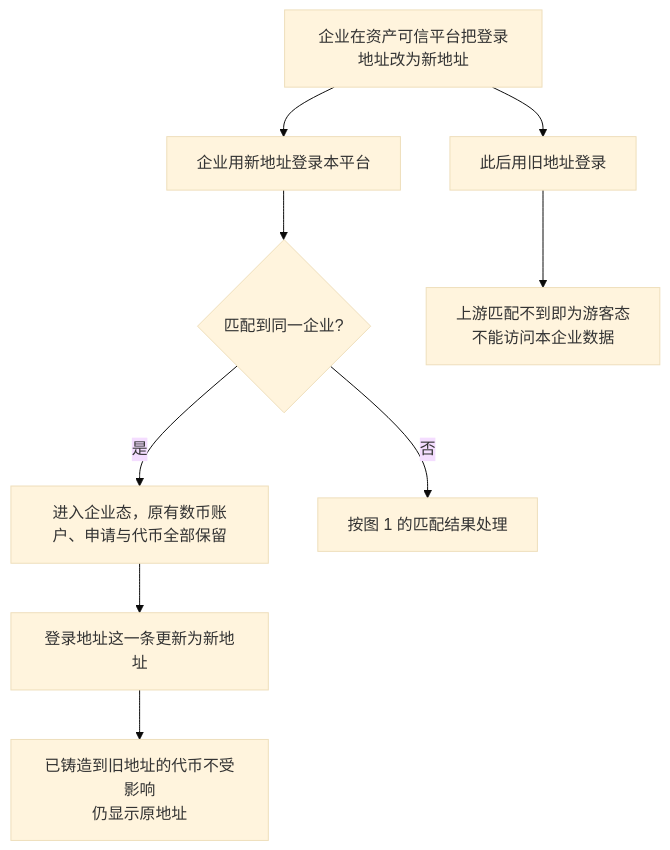
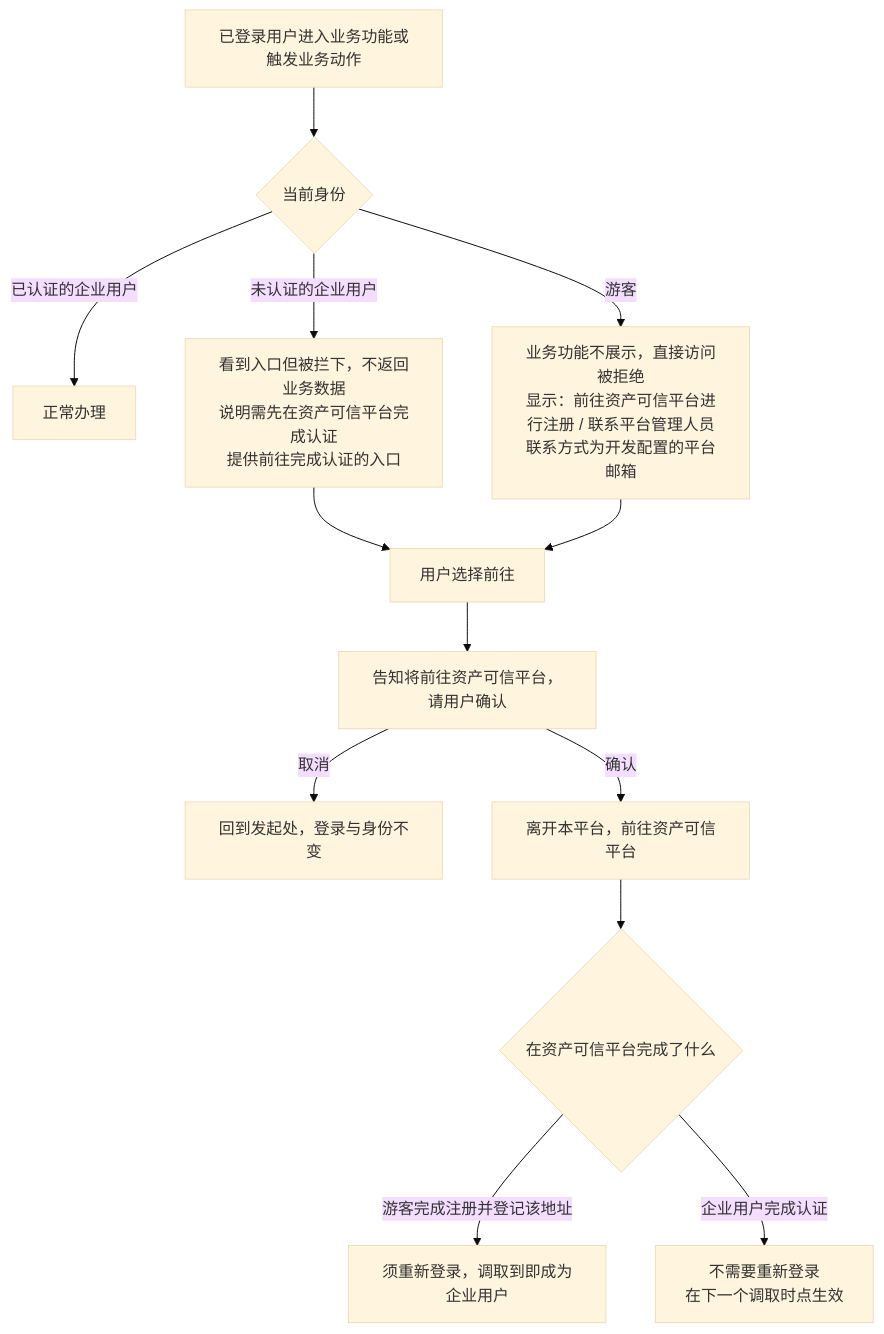
The sixth of 8 diagrams in token-issuance-platform/PRD/v1.0-企业登录与企业账户-流程图与状态机.md (wxblockchain/Chain-Financing), drawn with Mermaid (base theme) before and after one commit. The commit also changed other lines of this file and 2 other files, not shown here.

````diff
--- a/token-issuance-platform/PRD/v1.0-企业登录与企业账户-流程图与状态机.md
+++ b/token-issuance-platform/PRD/v1.0-企业登录与企业账户-流程图与状态机.md
@@ -111,11 +137,15 @@
 ```mermaid
 flowchart TD
-    A[企业在资产可信平台把登录地址改为新地址] --> B[企业用新地址登录本平台]
-    B --> C{匹配到同一企业?}
-    C -->|是| D[进入企业态，原有数币账户、申请与代币全部保留]
-    D --> E[登录地址这一条更新为新地址]
-    E --> F[已铸造到旧地址的代币不受影响<br/>仍显示原地址]
-    C -->|否| G[按图 1 的匹配结果处理]
-    A --> H[此后用旧地址登录]
-    H --> I[上游匹配不到即为游客态<br/>不能访问本企业数据]
+    A[已登录用户进入业务功能或触发业务动作] --> B{当前身份}
+    B -->|已认证的企业用户| C[正常办理]
+    B -->|未认证的企业用户| D[看到入口但被拦下，不返回业务数据<br/>说明需先在资产可信平台完成认证<br/>提供前往完成认证的入口]
+    B -->|游客| E[业务功能不展示，直接访问被拒绝<br/>显示：前往资产可信平台进行注册 / 联系平台管理人员<br/>联系方式为开发配置的平台邮箱]
+    D --> F[用户选择前往]
+    E --> F
+    F --> G[告知将前往资产可信平台，请用户确认]
+    G -->|取消| H[回到发起处，登录与身份不变]
+    G -->|确认| I[离开本平台，前往资产可信平台]
+    I --> J{在资产可信平台完成了什么}
+    J -->|游客完成注册并登记该地址| K[须重新登录，调取到即成为企业用户]
+    J -->|企业用户完成认证| L[不需要重新登录<br/>在下一个调取时点生效]
 ```
````
